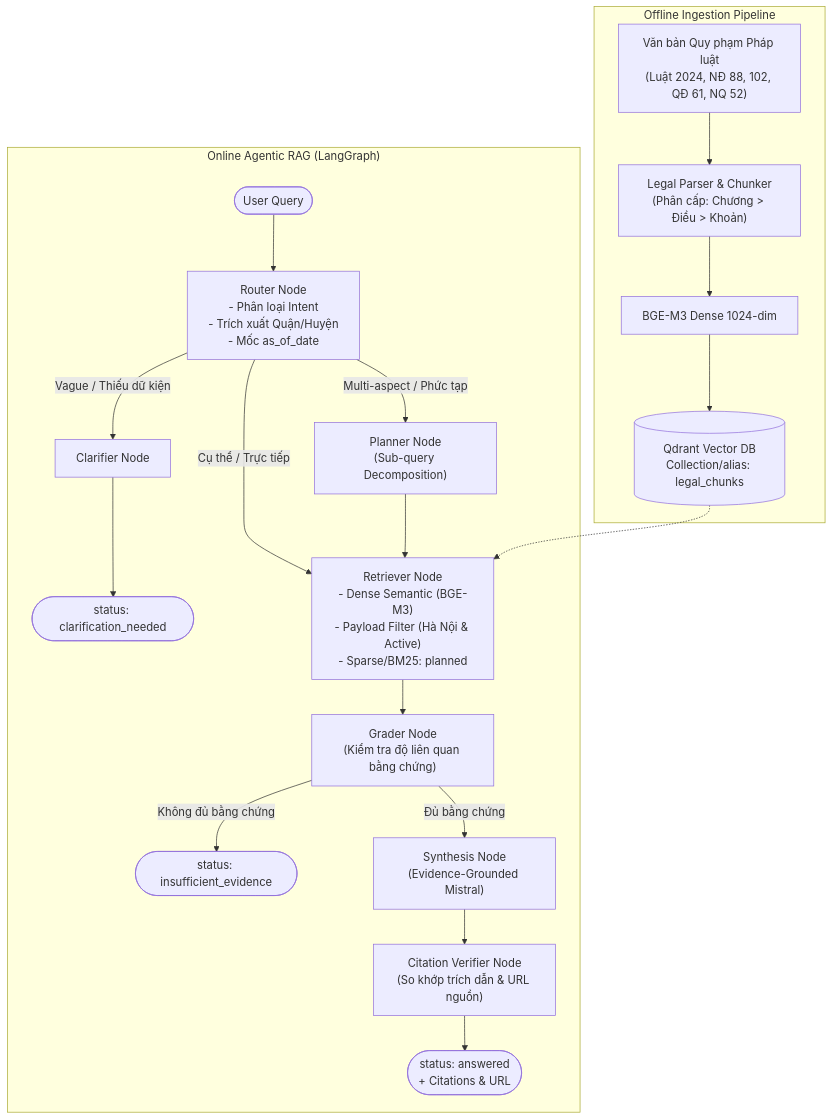
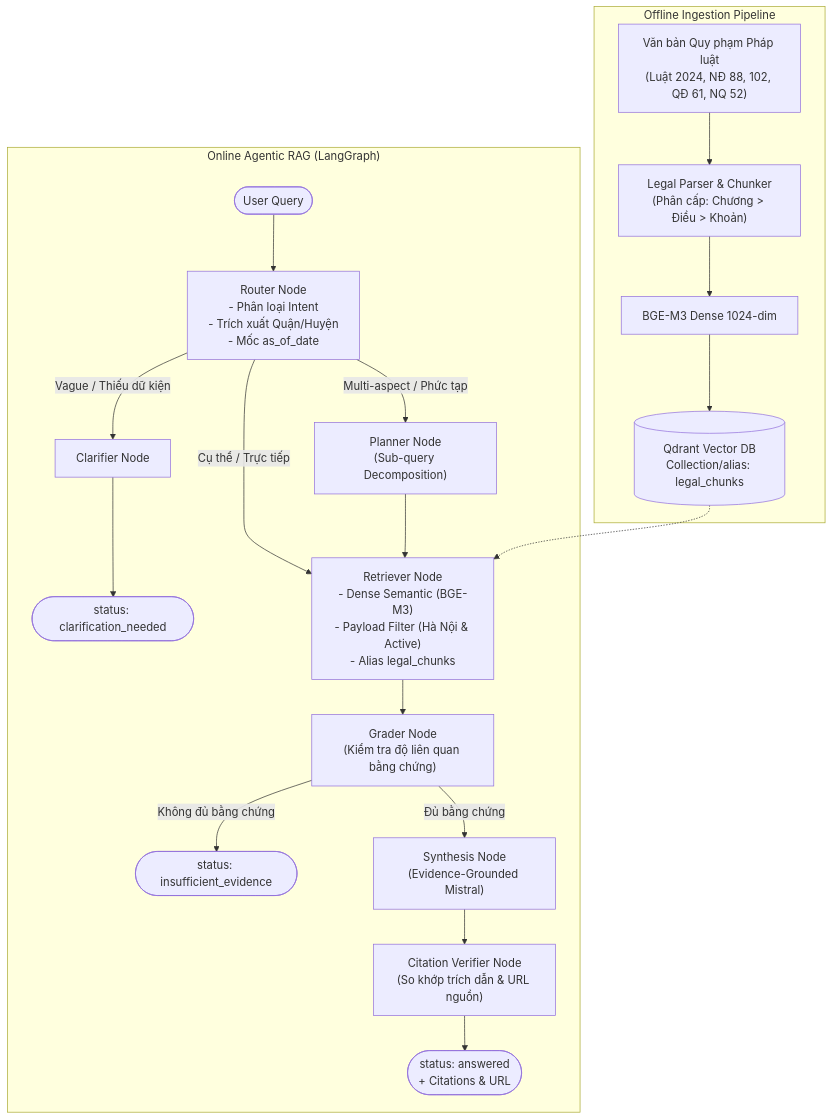
The first of 2 diagrams in README.md (dovh25/agentic-rag-legal-qa-hanoi), drawn with Mermaid before and after one commit. The commit also changed other lines of this file and 11 other files, not shown here.

````diff
--- a/README.md
+++ b/README.md
@@ -74,27 +74,27 @@
 ```mermaid
 flowchart TD
     subgraph INGESTION["Offline Ingestion Pipeline"]
         DOCS["Văn bản Quy phạm Pháp luật\n(Luật 2024, NĐ 88, 102, QĐ 61, NQ 52)"] --> PARSE["Legal Parser & Chunker\n(Phân cấp: Chương > Điều > Khoản)"]
         PARSE --> EMBED["BGE-M3 Dense 1024-dim"]
         EMBED --> QDRANT[("Qdrant Vector DB\nCollection/alias: legal_chunks")]
     end
 
     subgraph AGENT["Online Agentic RAG (LangGraph)"]
         START([User Query]) --> ROUTER["Router Node\n- Phân loại Intent\n- Trích xuất Quận/Huyện\n- Mốc as_of_date"]
         
         ROUTER -- "Vague / Thiếu dữ kiện" --> CLARIFY["Clarifier Node"] --> RESP_CLARIFY(["status: clarification_needed"])
         ROUTER -- "Multi-aspect / Phức tạp" --> PLANNER["Planner Node\n(Sub-query Decomposition)"]
-        ROUTER -- "Cụ thể / Trực tiếp" --> RETRIEVER["Retriever Node\n- Dense Semantic (BGE-M3)\n- Payload Filter (Hà Nội & Active)\n- Sparse/BM25: planned"]
+        ROUTER -- "Cụ thể / Trực tiếp" --> RETRIEVER["Retriever Node\n- Dense Semantic (BGE-M3)\n- Payload Filter (Hà Nội & Active)\n- Alias legal_chunks"]
         
         PLANNER --> RETRIEVER
         QDRANT -.-> RETRIEVER
         
         RETRIEVER --> GRADER["Grader Node\n(Kiểm tra độ liên quan bằng chứng)"]
         
         GRADER -- "Không đủ bằng chứng" --> ABSTAIN(["status: insufficient_evidence"])
         GRADER -- "Đủ bằng chứng" --> SYNTHESIS["Synthesis Node\n(Evidence-Grounded Mistral)"]
         
         SYNTHESIS --> VERIFY["Citation Verifier Node\n(So khớp trích dẫn & URL nguồn)"]
         VERIFY --> ANSWER(["status: answered\n+ Citations & URL"])
     end
 ```
````
